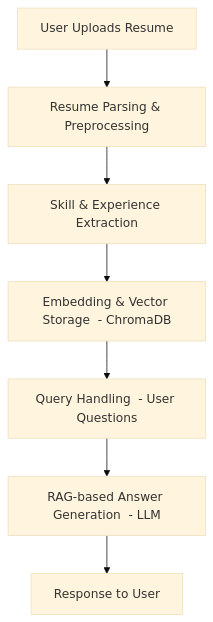
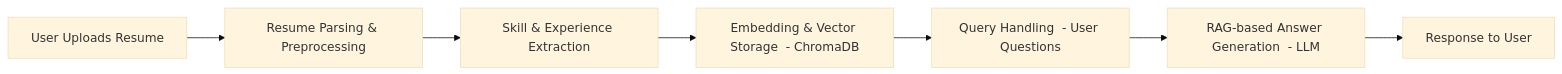
The diagram in README.md (Oussama-lasri/ai-career-assistant), drawn with Mermaid (base theme) before and after one commit.

````diff
--- a/README.md
+++ b/README.md
@@ -29,9 +29,9 @@
 ```mermaid
-graph TD
+graph LR
     A[User Uploads Resume] --> B[Resume Parsing & Preprocessing]
     B --> C[Skill & Experience Extraction]
     C --> D[Embedding & Vector Storage  - ChromaDB ]
     D --> E[Query Handling  - User Questions]
     E --> F[RAG-based Answer Generation  - LLM]
     F --> G[Response to User]
 ```
````
